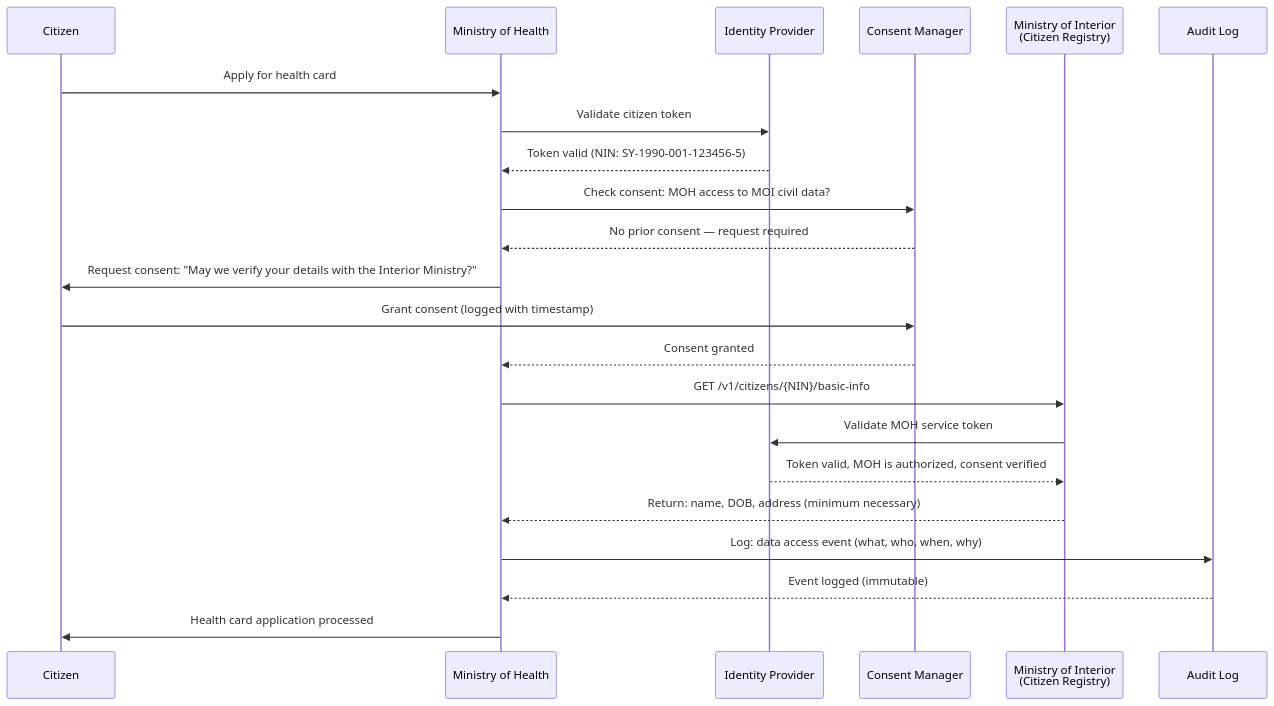
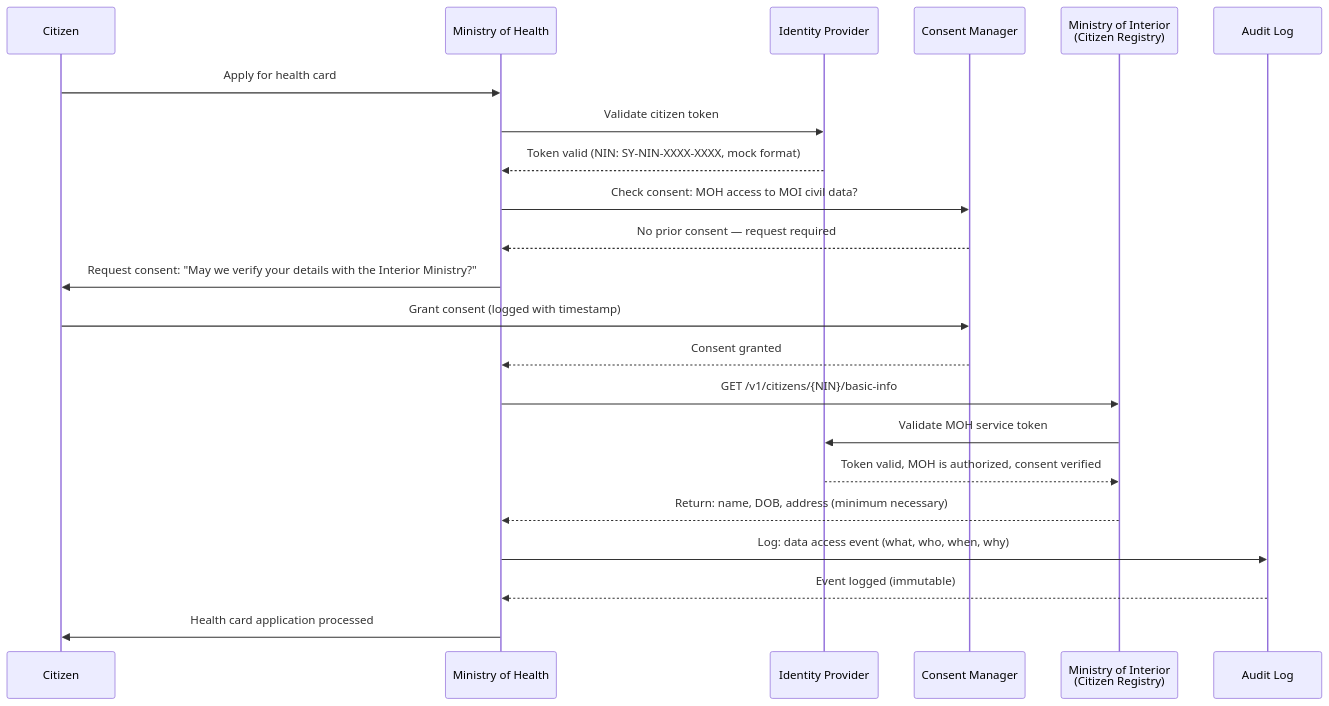
Before and after one commit to munjed80/Digital-Syria-Vision: the fourth of 5 diagrams in architecture/digital-identity-flow.md, drawn with Mermaid. The commit also changed 28 other files, not shown here.

First line of the commit message:
Add policies/, roadmap/, banner CSS, fix NIN format and login flow

````diff
--- a/architecture/digital-identity-flow.md
+++ b/architecture/digital-identity-flow.md
@@ -101,25 +101,25 @@
 ```mermaid
 sequenceDiagram
     participant C as Citizen
     participant MOH as Ministry of Health
     participant IDP as Identity Provider
     participant CONSENT as Consent Manager
     participant MOI as Ministry of Interior<br/>(Citizen Registry)
     participant AUDIT as Audit Log
 
     C->>MOH: Apply for health card
     MOH->>IDP: Validate citizen token
-    IDP-->>MOH: Token valid (NIN: SY-1990-001-123456-5)
+    IDP-->>MOH: Token valid (NIN: SY-NIN-XXXX-XXXX, mock format)
     MOH->>CONSENT: Check consent: MOH access to MOI civil data?
     CONSENT-->>MOH: No prior consent — request required
     MOH->>C: Request consent: "May we verify your details with the Interior Ministry?"
     C->>CONSENT: Grant consent (logged with timestamp)
     CONSENT-->>MOH: Consent granted
     MOH->>MOI: GET /v1/citizens/{NIN}/basic-info
     MOI->>IDP: Validate MOH service token
     IDP-->>MOI: Token valid, MOH is authorized, consent verified
     MOI-->>MOH: Return: name, DOB, address (minimum necessary)
     MOH->>AUDIT: Log: data access event (what, who, when, why)
     AUDIT-->>MOH: Event logged (immutable)
     MOH->>C: Health card application processed
 ```
````
